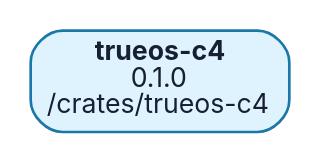
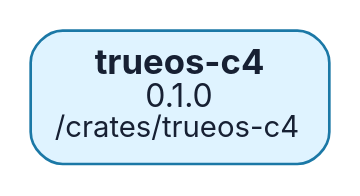
Before and after one commit to t4ce/TRUEOS: the diagram in tools/depgraph/by-root/trueos-c4-v0.1.0.dot, drawn with Graphviz. The commit also changed 162 other files, not shown here.

```diff
--- a/tools/depgraph/by-root/trueos-c4-v0.1.0.dot
+++ b/tools/depgraph/by-root/trueos-c4-v0.1.0.dot
@@ -1,8 +1,8 @@
 digraph "trueos-c4-v0.1.0" {
   graph [rankdir=LR, bgcolor="white", overlap=false, splines=true, nodesep=0.35, ranksep=0.55];
-  node [shape=box, style="rounded,filled", fontname="Inter,Arial", fontsize=10, margin="0.08,0.05", color="#8b9bb0", fillcolor="#f7f9fb", fontcolor="#172033"];
+  node [shape=box, style="rounded,filled", fontname="Inter,Arial", fontsize=10, margin="0.13,0.10", color="#8b9bb0", fillcolor="#f7f9fb", fontcolor="#172033"];
   edge [color="#9aa8b8", arrowsize=0.55, penwidth=0.9];
-  n0 [label=<<B>trueos-c4</B><BR/>0.1.0<BR/>/crates/trueos-c4>, fillcolor="#dff3ff", color="#1b78a6"];
+  n0 [label=<<FONT POINT-SIZE="13"><B>trueos-c4</B></FONT><BR/><FONT POINT-SIZE="12">0.1.0</FONT><BR/><FONT POINT-SIZE="11">/crates/trueos-c4</FONT>>, fillcolor="#dff3ff", color="#1b78a6"];
   // collapsed leaf ends: 0
   // centered two-input leaves: 0
 }
```
